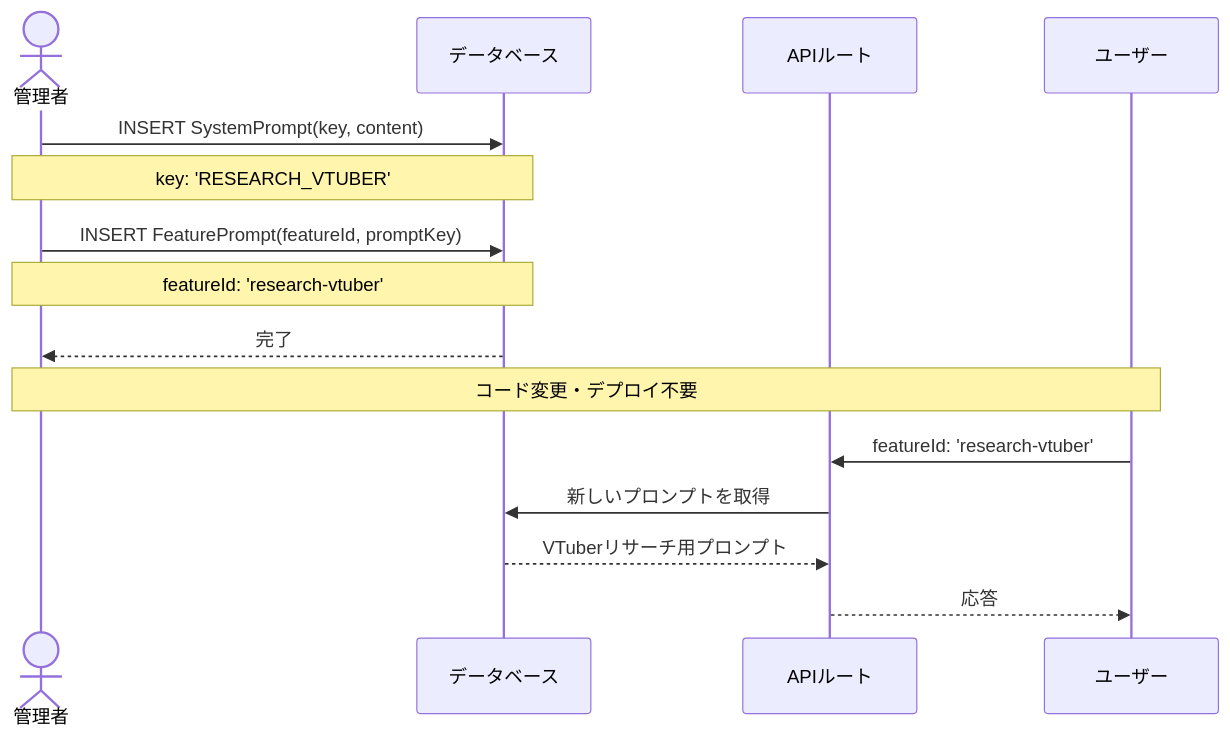
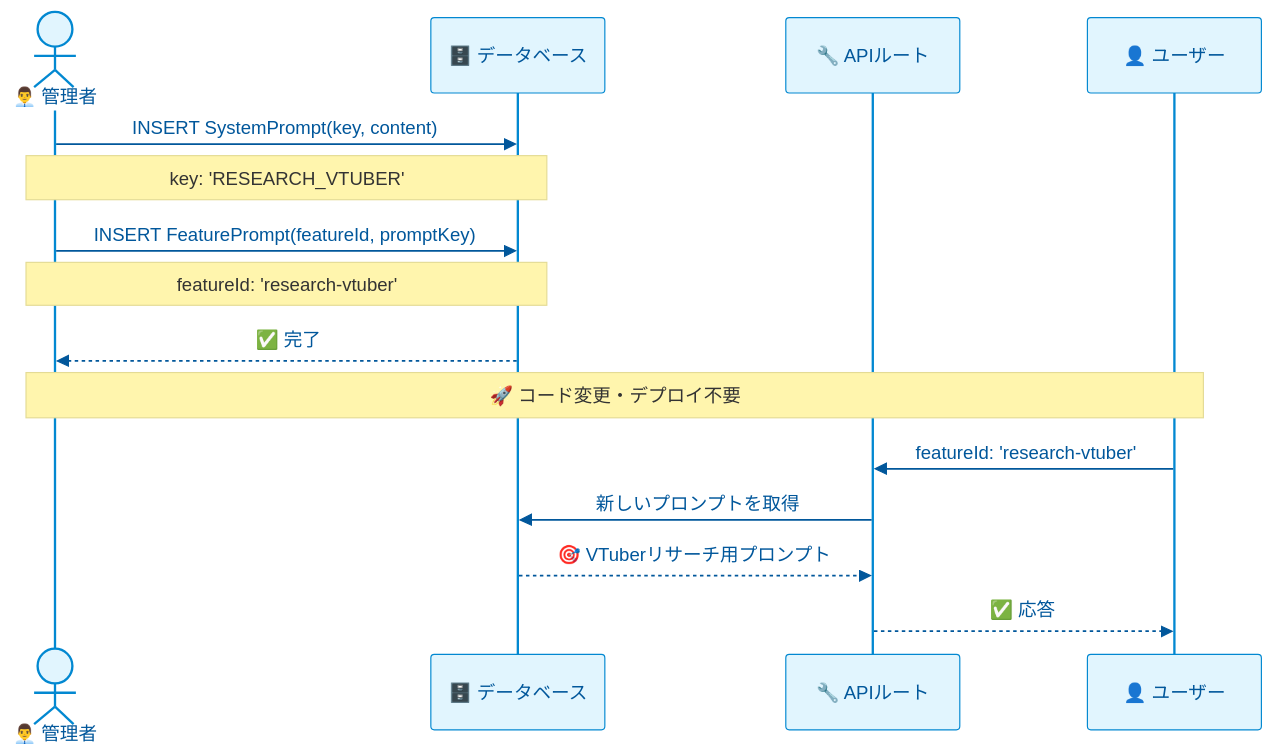
The sixth of 7 diagrams in docs/specs/api-integration/system-prompt-generation.md (langcore-org/united-productions-web), drawn with Mermaid before and after one commit. The commit also changed other lines of this file, not shown here.

First line of the commit message:
docs: Mermaid図をダークモード対応に改善

````diff
--- a/docs/specs/api-integration/system-prompt-generation.md
+++ b/docs/specs/api-integration/system-prompt-generation.md
@@ -231,20 +250,21 @@
 ```mermaid
+%%{init: {'theme': 'base', 'themeVariables': { 'primaryColor': '#e1f5fe', 'primaryTextColor': '#01579b', 'primaryBorderColor': '#0288d1', 'lineColor': '#0288d1', 'secondaryColor': '#fff3e0', 'tertiaryColor': '#e8f5e9', 'actorBkgColor': '#e1f5fe', 'actorTextColor': '#01579b', 'actorLineColor': '#0288d1', 'background': '#fafafa'}}}%%
 sequenceDiagram
-    actor Admin as 管理者
-    participant DB as データベース
-    participant API as APIルート
-    participant User as ユーザー
+    actor Admin as 👨‍💼 管理者
+    participant DB as 🗄️ データベース
+    participant API as 🔧 APIルート
+    participant User as 👤 ユーザー
 
     Admin->>DB: INSERT SystemPrompt(key, content)
     Note over Admin,DB: key: 'RESEARCH_VTUBER'
     Admin->>DB: INSERT FeaturePrompt(featureId, promptKey)
     Note over Admin,DB: featureId: 'research-vtuber'
-    DB-->>Admin: 完了
+    DB-->>Admin: ✅ 完了
 
-    Note over Admin,User: コード変更・デプロイ不要
+    Note over Admin,User: 🚀 コード変更・デプロイ不要
 
     User->>API: featureId: 'research-vtuber'
     API->>DB: 新しいプロンプトを取得
-    DB-->>API: VTuberリサーチ用プロンプト
-    API-->>User: 応答
+    DB-->>API: 🎯 VTuberリサーチ用プロンプト
+    API-->>User: ✅ 応答
 ```
````
